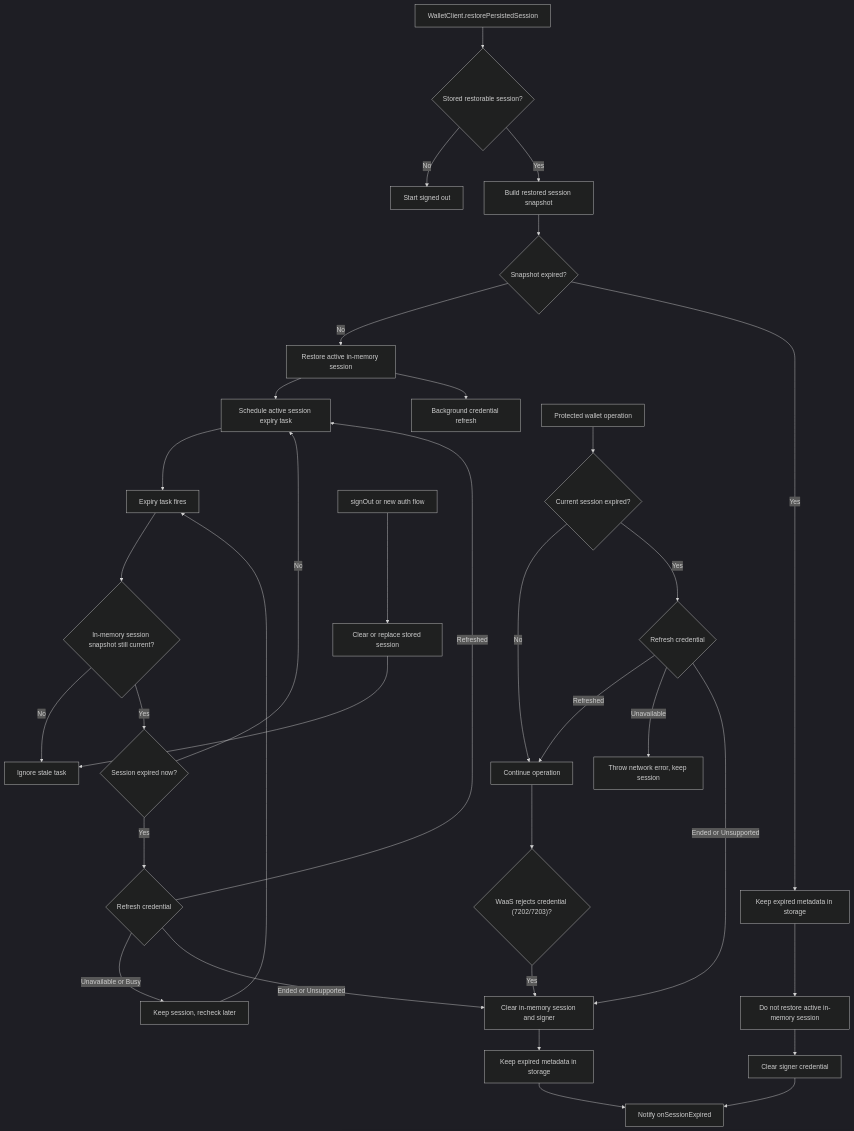
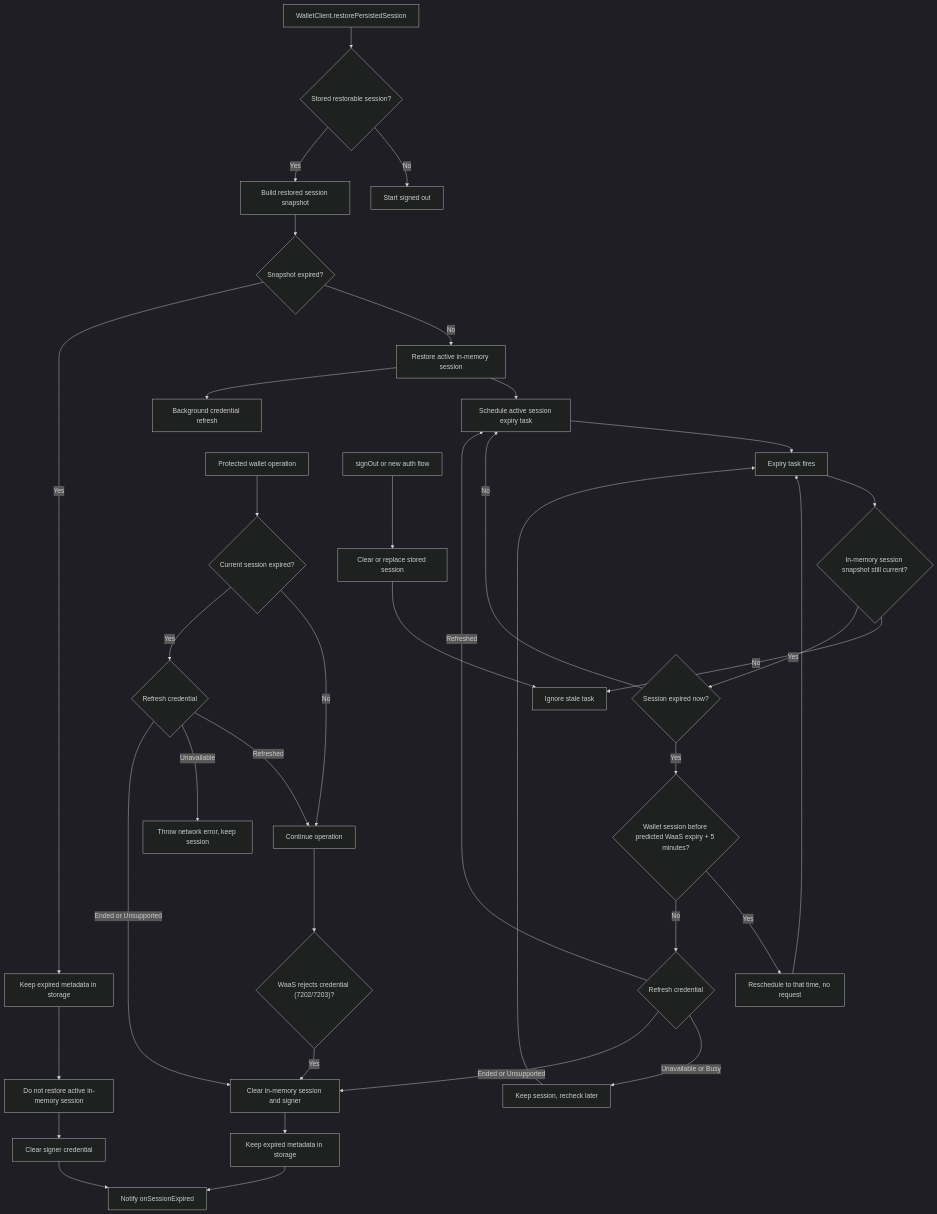
Before and after one commit to 0xsequence/kotlin-sdk: the diagram in docs/session-expiry-flow.md, drawn with Mermaid (dark theme). The commit also changed other lines of this file and 11 other files, not shown here.

````diff
--- a/docs/session-expiry-flow.md
+++ b/docs/session-expiry-flow.md
@@ -64,42 +89,45 @@
 ```mermaid
 flowchart TD
   A["WalletClient.restorePersistedSession"] --> B{"Stored restorable session?"}
   B -- "No" --> C["Start signed out"]
 
   B -- "Yes" --> D["Build restored session snapshot"]
   D --> E{"Snapshot expired?"}
 
   E -- "No" --> F["Restore active in-memory session"]
   F --> G["Schedule active session expiry task"]
   F --> R0["Background credential refresh"]
 
   E -- "Yes" --> H["Keep expired metadata in storage"]
   H --> I["Do not restore active in-memory session"]
   I --> J["Clear signer credential"]
   J --> K["Notify onSessionExpired"]
 
   G --> L["Expiry task fires"]
   L --> M{"In-memory session snapshot still current?"}
   M -- "No" --> N["Ignore stale task"]
   M -- "Yes" --> O{"Session expired now?"}
   O -- "No" --> G
-  O -- "Yes" --> RF{"Refresh credential"}
+  O -- "Yes" --> IW{"Wallet session before predicted WaaS expiry + 5 minutes?"}
+  IW -- "Yes" --> IR["Reschedule to that time, no request"]
+  IR --> L
+  IW -- "No" --> RF{"Refresh credential"}
   RF -- "Refreshed" --> G
   RF -- "Unavailable or Busy" --> RT["Keep session, recheck later"]
   RT --> L
   RF -- "Ended or Unsupported" --> P["Clear in-memory session and signer"]
   P --> Q["Keep expired metadata in storage"]
   Q --> K
 
   S0["Protected wallet operation"] --> S{"Current session expired?"}
   S -- "No" --> T["Continue operation"]
   S -- "Yes" --> RO{"Refresh credential"}
   RO -- "Refreshed" --> T
   RO -- "Unavailable" --> X["Throw network error, keep session"]
   RO -- "Ended or Unsupported" --> P
   T --> W{"WaaS rejects credential (7202/7203)?"}
   W -- "Yes" --> P
 
   U["signOut or new auth flow"] --> V["Clear or replace stored session"]
   V --> N
 ```
````
